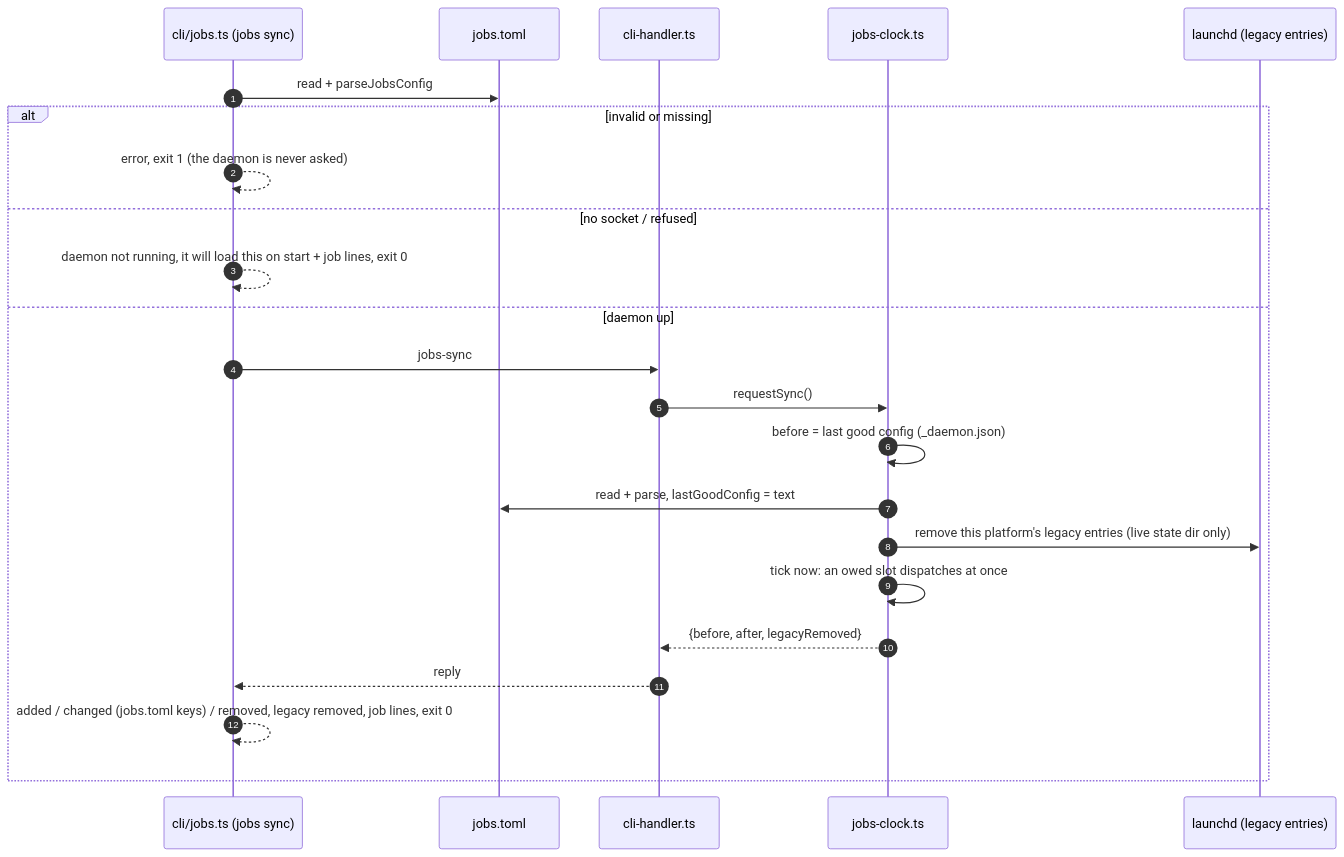
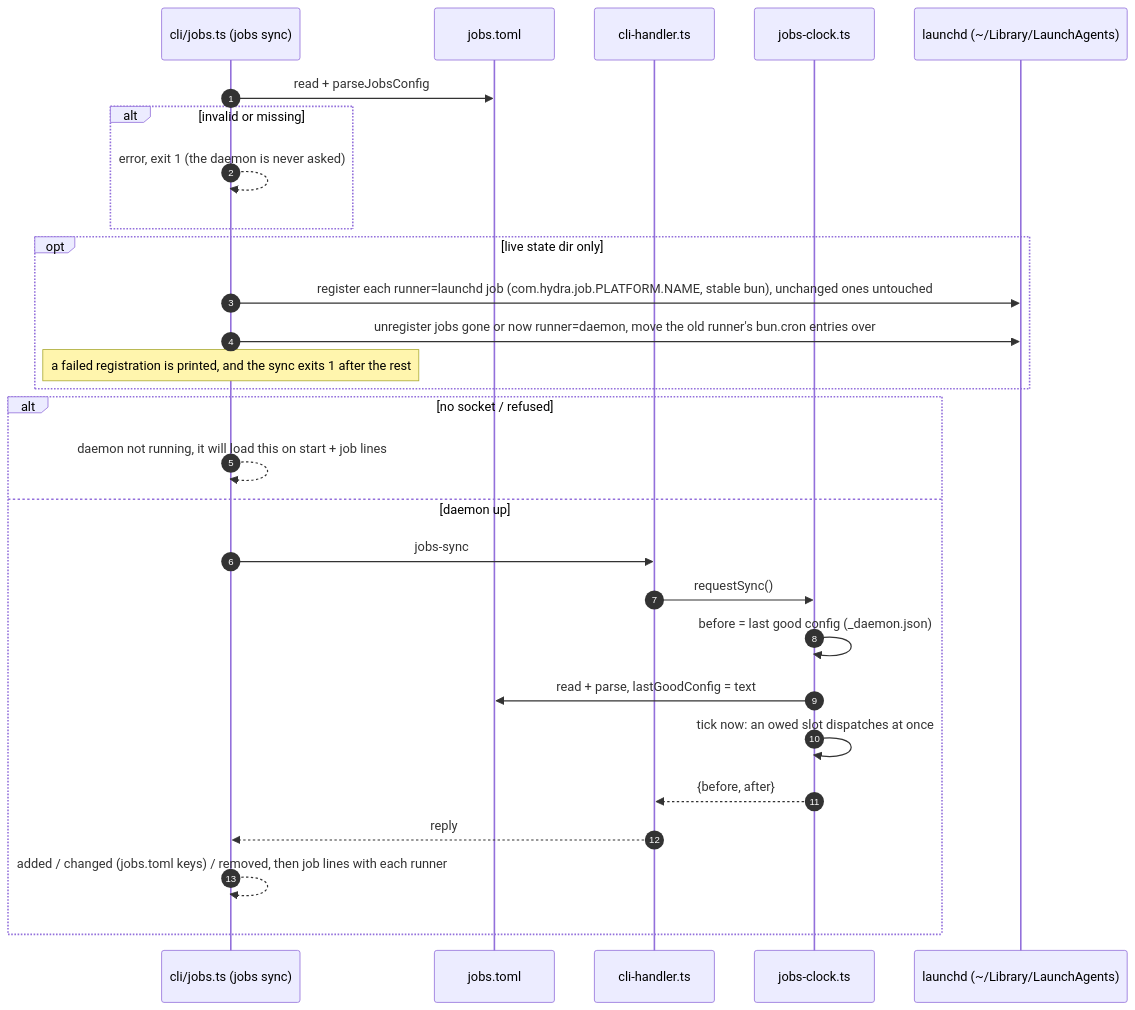
Before and after one commit to sf8193/hydra: the diagram in diagrams/flow-jobs-sync.mmd, drawn with Mermaid. The commit also changed 18 other files, not shown here.

First line of the commit message:
feat(jobs): a runner per job; launchd by default, the daemon delivers

```diff
--- a/diagrams/flow-jobs-sync.mmd
+++ b/diagrams/flow-jobs-sync.mmd
@@ -1,24 +1,29 @@
 sequenceDiagram
     autonumber
     participant CLI as cli/jobs.ts (jobs sync)
     participant T as jobs.toml
     participant H as cli-handler.ts
     participant C as jobs-clock.ts
-    participant L as launchd (legacy entries)
+    participant L as launchd (~/Library/LaunchAgents)
 
     CLI->>T: read + parseJobsConfig
     alt invalid or missing
         CLI-->>CLI: error, exit 1 (the daemon is never asked)
-    else no socket / refused
-        CLI-->>CLI: daemon not running, it will load this on start + job lines, exit 0
+    end
+    opt live state dir only
+        CLI->>L: register each runner=launchd job (com.hydra.job.PLATFORM.NAME, stable bun), unchanged ones untouched
+        CLI->>L: unregister jobs gone or now runner=daemon, move the old runner's bun.cron entries over
+        Note over CLI: a failed registration is printed, and the sync exits 1 after the rest
+    end
+    alt no socket / refused
+        CLI-->>CLI: daemon not running, it will load this on start + job lines
     else daemon up
         CLI->>H: jobs-sync
         H->>C: requestSync()
         C->>C: before = last good config (_daemon.json)
         C->>T: read + parse, lastGoodConfig = text
-        C->>L: remove this platform's legacy entries (live state dir only)
         C->>C: tick now: an owed slot dispatches at once
-        C-->>H: {before, after, legacyRemoved}
+        C-->>H: {before, after}
         H-->>CLI: reply
-        CLI-->>CLI: added / changed (jobs.toml keys) / removed, legacy removed, job lines, exit 0
+        CLI-->>CLI: added / changed (jobs.toml keys) / removed, then job lines with each runner
     end
```
